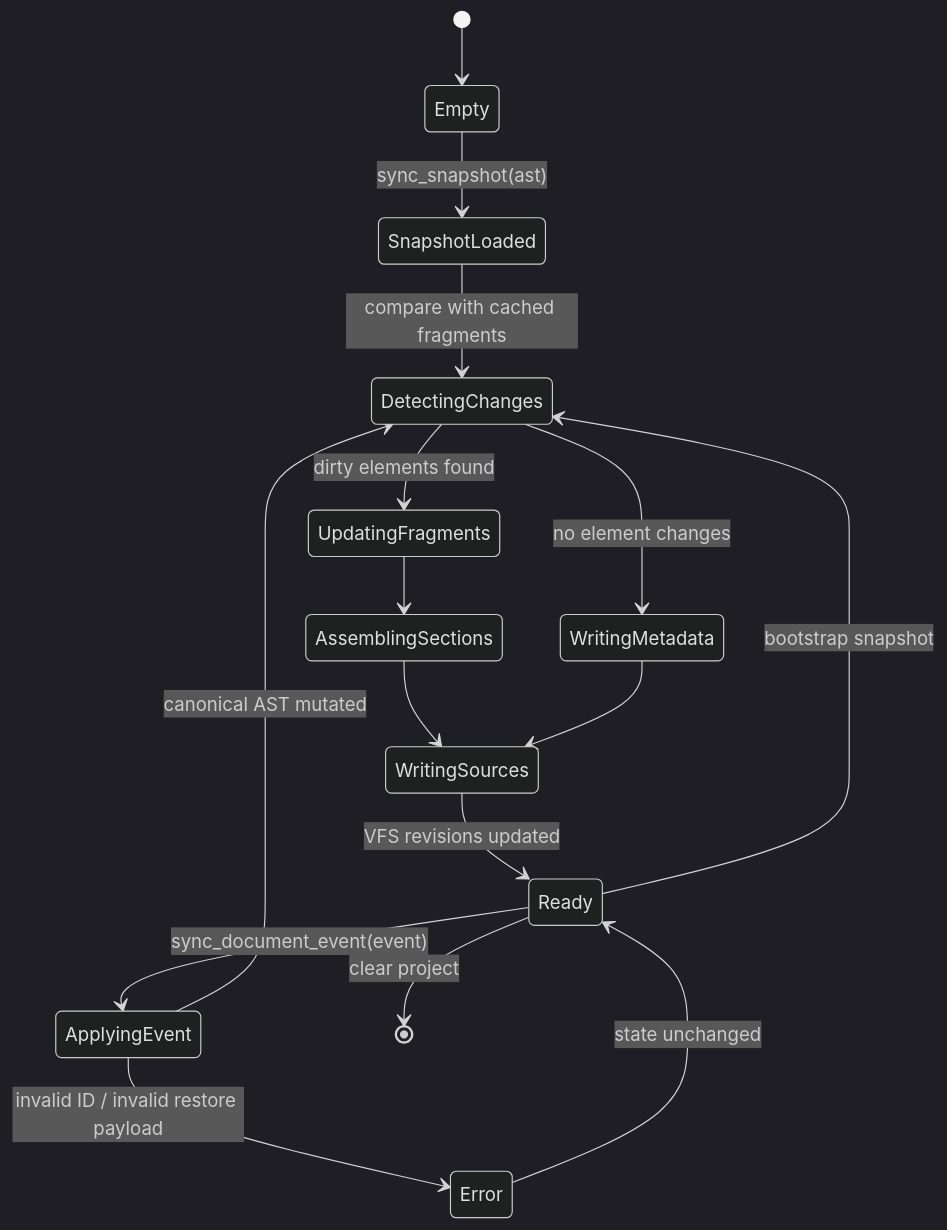
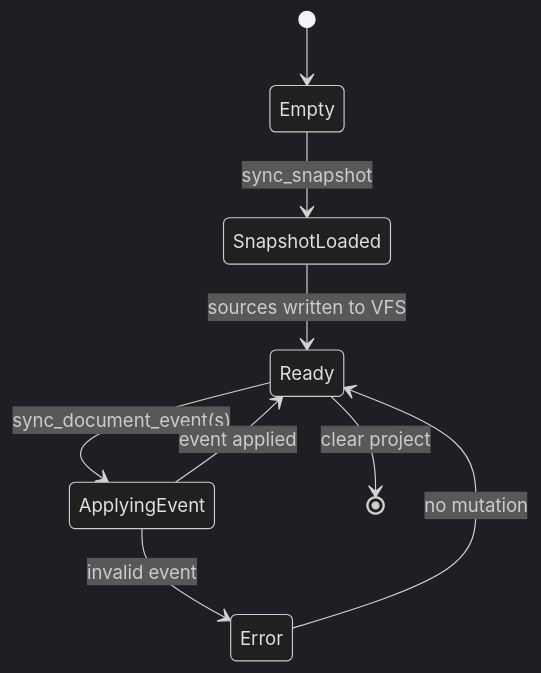
One commit to andmoreduro/ergo changed the second of 5 diagrams in context/state-diagrams.md. Above: the diagram before and after it, drawn with Mermaid (dark theme). The commit also changed other lines of this file and 12 other files, not shown here.

````diff
--- a/context/state-diagrams.md
+++ b/context/state-diagrams.md
@@ -44,20 +34,13 @@
 ```mermaid
 stateDiagram-v2
     direction TB
 
     [*] --> Empty
-    Empty --> SnapshotLoaded : sync_snapshot(ast)
-    SnapshotLoaded --> DetectingChanges : compare with cached fragments
-    DetectingChanges --> UpdatingFragments : dirty elements found
-    DetectingChanges --> WritingMetadata : no element changes
-    UpdatingFragments --> AssemblingSections
-    AssemblingSections --> WritingSources
-    WritingMetadata --> WritingSources
-    WritingSources --> Ready : VFS revisions updated
-    Ready --> ApplyingEvent : sync_document_event(event)
-    ApplyingEvent --> DetectingChanges : canonical AST mutated
-    ApplyingEvent --> Error : invalid ID / invalid restore payload
-    Ready --> DetectingChanges : bootstrap snapshot
-    Error --> Ready : state unchanged
+    Empty --> SnapshotLoaded : sync_snapshot
+    SnapshotLoaded --> Ready : sources written to VFS
+    Ready --> ApplyingEvent : sync_document_event(s)
+    ApplyingEvent --> Ready : event applied
+    ApplyingEvent --> Error : invalid event
+    Error --> Ready : no mutation
     Ready --> [*] : clear project
 ```
````
